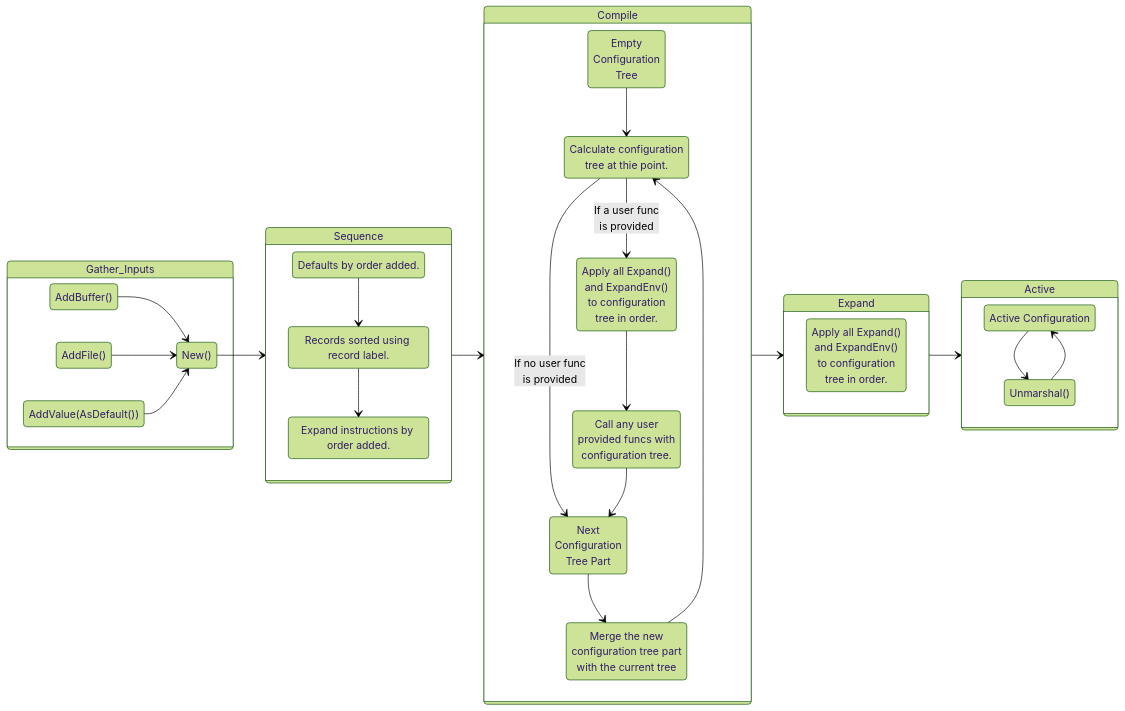
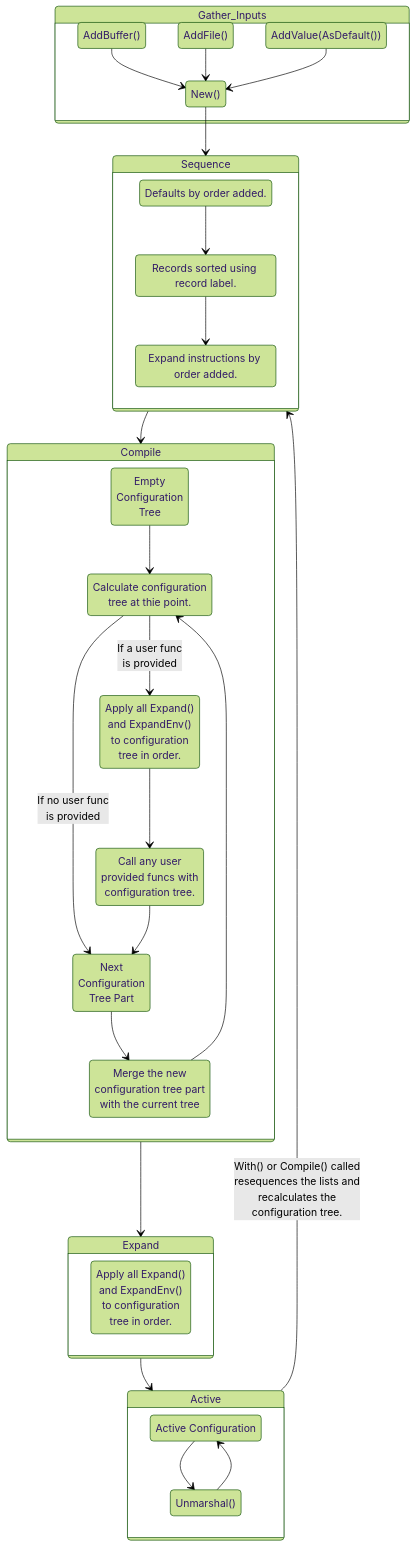
The diagram in README.md (schmidtw/goschtalt), drawn with Mermaid (forest theme) before and after one commit.

Commit message:
Change the direction.

````diff
--- a/README.md
+++ b/README.md
@@ -28,54 +28,55 @@
 ```mermaid
 stateDiagram-v2
-    direction LR
+    direction TB
 
     state Gather_Inputs {
         direction TB
         AddBuffer() --> New()
         AddFile() --> New()
         AddValue(AsDefault()) --> New()
     }
 
     state Sequence {
         direction TB
         Defaults:Defaults by order added.
         Records:Records sorted using record label.
         ex:Expand instructions by order added.
 
         Defaults --> Records
         Records --> ex
     }
 
     state Compile {
         calc:Calculate configuration<br/>tree at thie point.
         eval:Apply all Expand()<br/>and ExpandEnv()<br/>to configuration<br/>tree in order.
         fetch:Call any user<br/>provided funcs with<br/>configuration tree.
         next:Next<br/>Configuration<br/>Tree Part
         merge:Merge the new<br/>configuration tree part<br/>with the current tree
         Empty:Empty<br/>Configuration<br/>Tree
 
 
         Empty --> calc
         calc --> eval:If a user func<br/>is provided
         calc --> next:If no user func<br/>is provided
         eval --> fetch
         fetch --> next
         next --> merge
         merge --> calc
     }
 
     state Expand {
         exp:Apply all Expand()<br/>and ExpandEnv()<br/>to configuration<br/>tree in order.
     }
 
     state Active {
         active:Active Configuration
         unmarshal:Unmarshal()
         active --> unmarshal
         unmarshal --> active
     }
     New() --> Sequence
     Sequence --> Compile
     Compile --> Expand
     Expand --> Active
+    Active --> Sequence:With() or Compile() called<br/>resequences the lists and<br/>recalculates the <br/>configuration tree.
 ```
````
